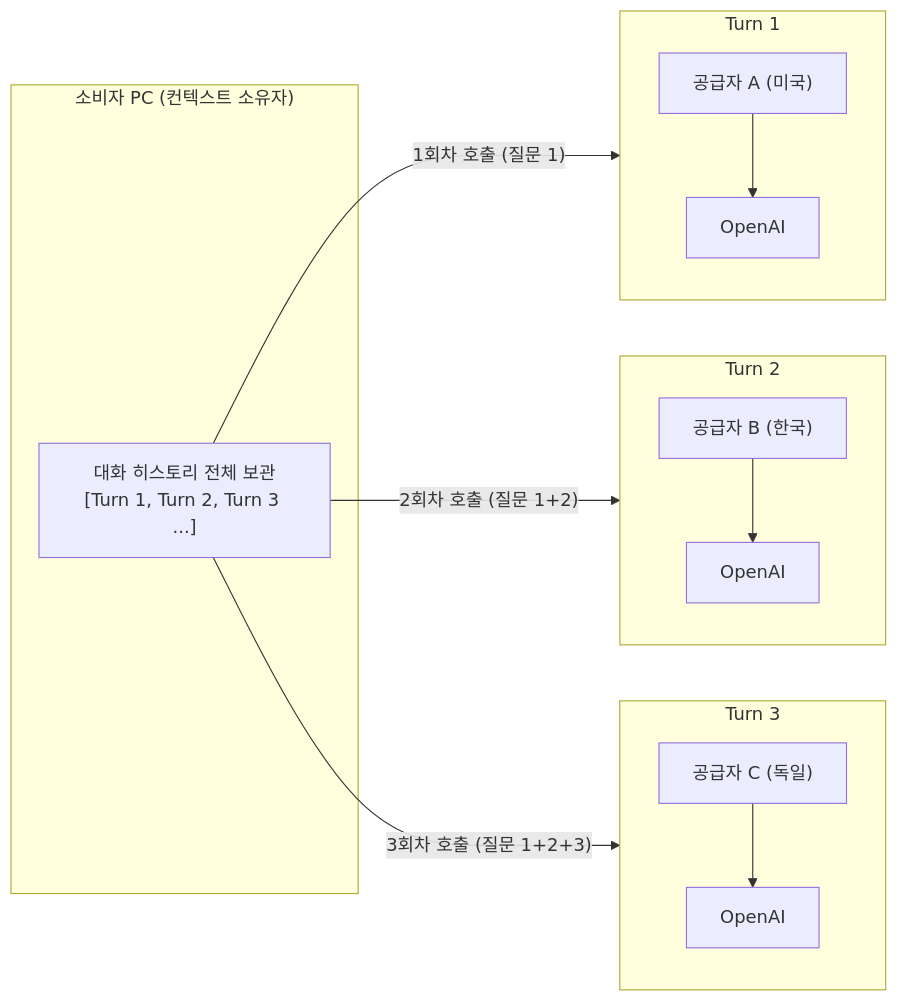
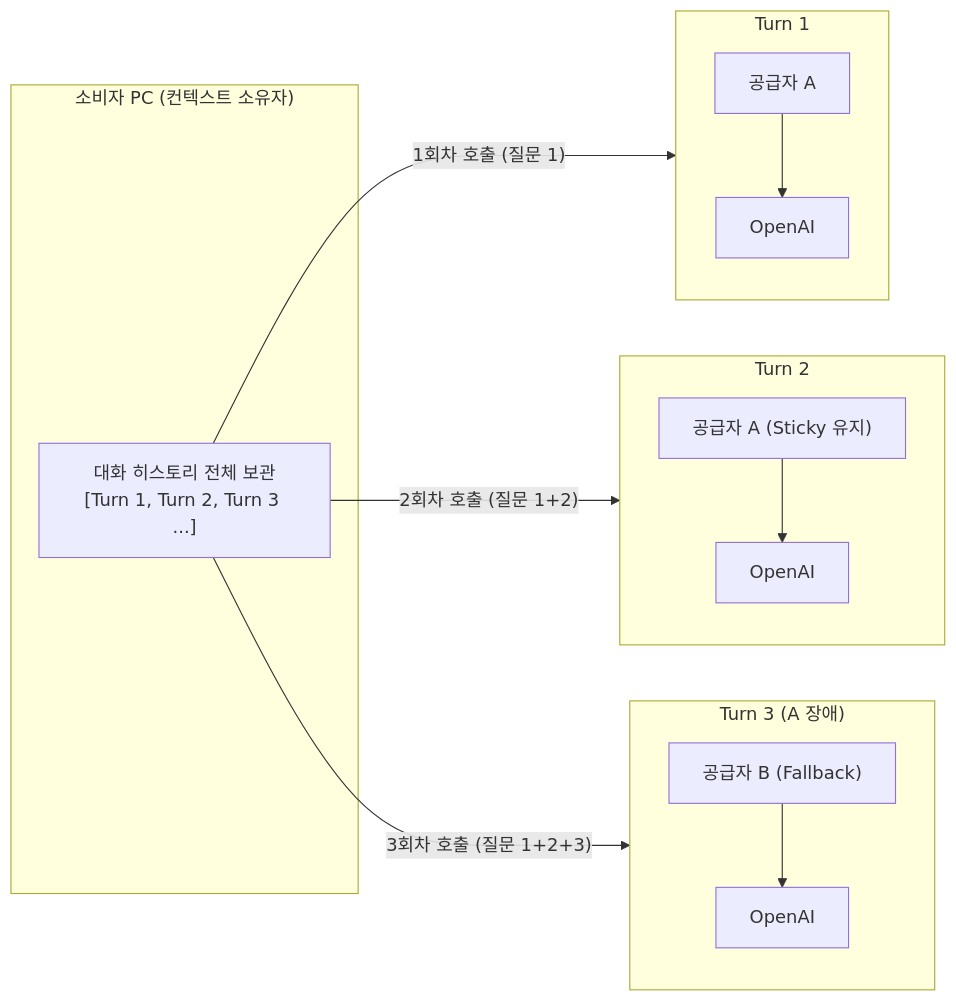
One commit to tanminkwan/share-ur-tokens changed the first of 2 diagrams in docs/dynamic-peer-switching.md. Above: the diagram before and after it, drawn with Mermaid. The commit also changed other lines of this file and 4 other files, not shown here.

First line of the commit message:
docs: Adopt sticky peer routing with stateless fallback

````diff
--- a/docs/dynamic-peer-switching.md
+++ b/docs/dynamic-peer-switching.md
@@ -11,20 +11,20 @@
 ```mermaid
 flowchart LR
     subgraph Client["소비자 PC (컨텍스트 소유자)"]
         History["대화 히스토리 전체 보관\n[Turn 1, Turn 2, Turn 3 ...]"]
     end
 
     subgraph Turn1["Turn 1"]
-        P1["공급자 A (미국)"] --> LLM1["OpenAI"]
+        P1["공급자 A"] --> LLM1["OpenAI"]
     end
     subgraph Turn2["Turn 2"]
-        P2["공급자 B (한국)"] --> LLM2["OpenAI"]
+        P2["공급자 A (Sticky 유지)"] --> LLM2["OpenAI"]
     end
-    subgraph Turn3["Turn 3"]
-        P3["공급자 C (독일)"] --> LLM3["OpenAI"]
+    subgraph Turn3["Turn 3 (A 장애)"]
+        P3["공급자 B (Fallback)"] --> LLM3["OpenAI"]
     end
 
     History -->|"1회차 호출 (질문 1)"| Turn1
     History -->|"2회차 호출 (질문 1+2)"| Turn2
     History -->|"3회차 호출 (질문 1+2+3)"| Turn3
 ```
````
